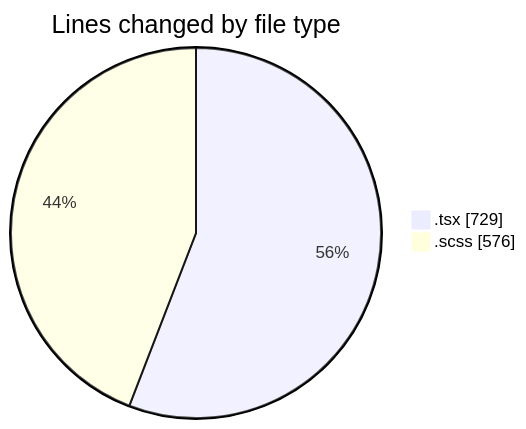
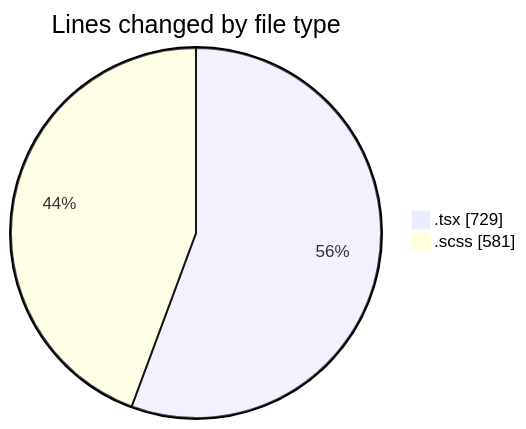
The first of 2 diagrams in 2025-10-06/cda/README.md (momahboobian/code-tracking), drawn with Mermaid before and after one commit. The commit also changed other lines of this file and 1 other file, not shown here.

````diff
--- a/2025-10-06/cda/README.md
+++ b/2025-10-06/cda/README.md
@@ -24,6 +24,6 @@
 ```mermaid
 pie showData
 title Lines changed by file type
 ".tsx" : 729
-".scss" : 576
+".scss" : 581
 ```
````
